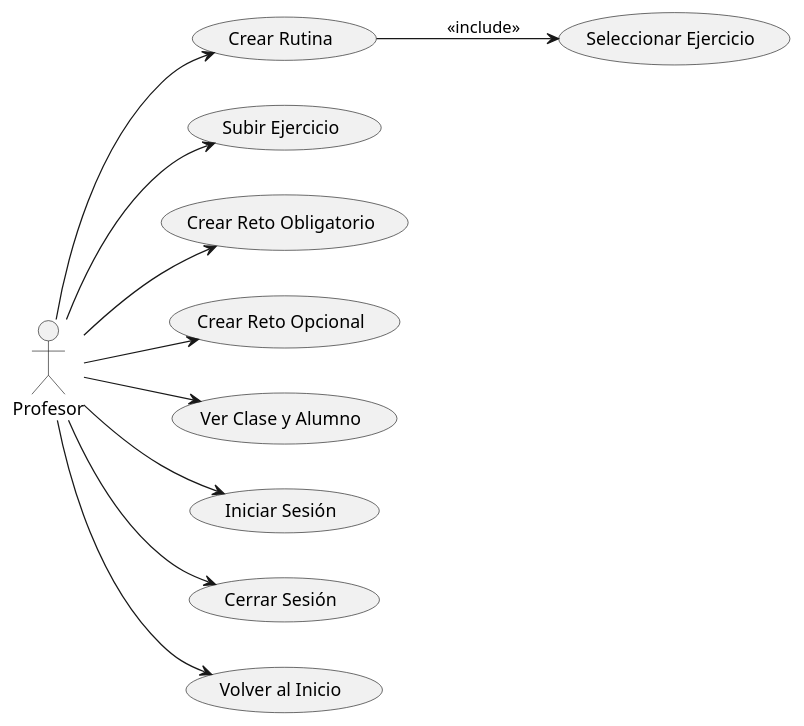
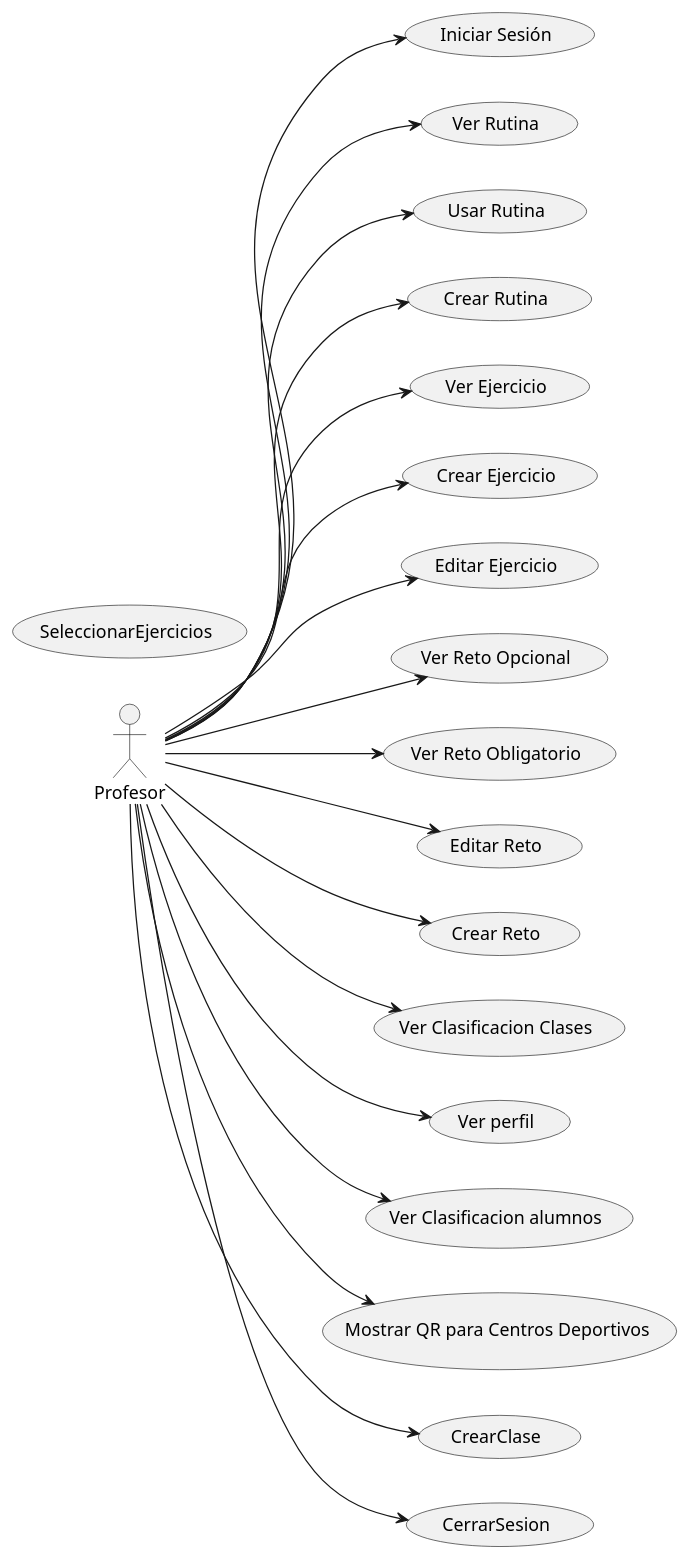
The diagram in Documentos/CasosUso/CdU_Profesor.puml (mmasias/24-25-IdSw1-SDR), drawn with PlantUML before and after one commit.

```diff
--- a/Documentos/CasosUso/CdU_Profesor.puml
+++ b/Documentos/CasosUso/CdU_Profesor.puml
@@ -1,27 +1,39 @@
-@startuml
 left to right direction
-
 actor Profesor
 
-usecase "Crear Rutina" as CrearRutinas
-usecase "Seleccionar Ejercicio" as SeleccionarEjercicios
-usecase "Subir Ejercicio" as SubirEjercicios
-usecase "Crear Reto Obligatorio" as CrearRetosObligatorios
-usecase "Crear Reto Opcional" as CrearRetosOpcionales
-usecase "Ver Clase y Alumno" as VerClasesAlumnos
 usecase "Iniciar Sesión" as IniciarSesion
-usecase "Cerrar Sesión" as CerrarSesion
-usecase "Volver al Inicio" as VolverInicio
+usecase "Ver Rutina" as VerRutina
+usecase "Usar Rutina" as UsarRutinas
+usecase "Crear Rutina" as CrearRutinaPersonalizada
+usecase "Ver Ejercicio" as VerEjercicio
+usecase "Crear Ejercicio" as CrearEjercicio
+usecase "Editar Ejercicio" as EditarEjercicio
+usecase "Ver Reto Opcional" as RetoOpcional
+usecase "Ver Reto Obligatorio" as RetoObligatorio
+usecase "Editar Reto" as EditarReto
+usecase "Crear Reto" as CrearReto
+usecase "Ver Clasificacion Clases" as VerClasificacionClases
+usecase "Ver perfil" as VerPerfil
+usecase "Ver Clasificacion alumnos" as VerClasificacionAlumnos
+usecase "Mostrar QR para Centros Deportivos " as MostrarQR
+usecase "CrearClase" as CrearClase
+usecase "CerrarSesion" as CerrarSesion
+usecase "SeleccionarEjercicios" as SeleccionarEjercicios
 
-Profesor --> CrearRutinas
-Profesor --> SubirEjercicios
-Profesor --> CrearRetosObligatorios
-Profesor --> CrearRetosOpcionales
-Profesor --> VerClasesAlumnos
 Profesor --> IniciarSesion
-Profesor --> CerrarSesion
-Profesor --> VolverInicio
-
-CrearRutinas --> SeleccionarEjercicios : <<include>>
-
-@enduml
+Profesor --> UsarRutinas
+Profesor --> CrearRutinaPersonalizada
+Profesor --> VerEjercicio
+Profesor --> RetoOpcional
+Profesor --> RetoObligatorio
+Profesor --> CrearReto
+Profesor --> CrearEjercicio
+Profesor --> VerClasificacionAlumnos
+Profesor --> EditarReto
+Profesor --> VerClasificacionClases
+Profesor --> VerPerfil
+Profesor --> MostrarQR
+Profesor --> CrearClase
+Profesor --> CerrarSesion 
+Profesor --> VerRutina
+Profesor --> EditarEjercicio
```
